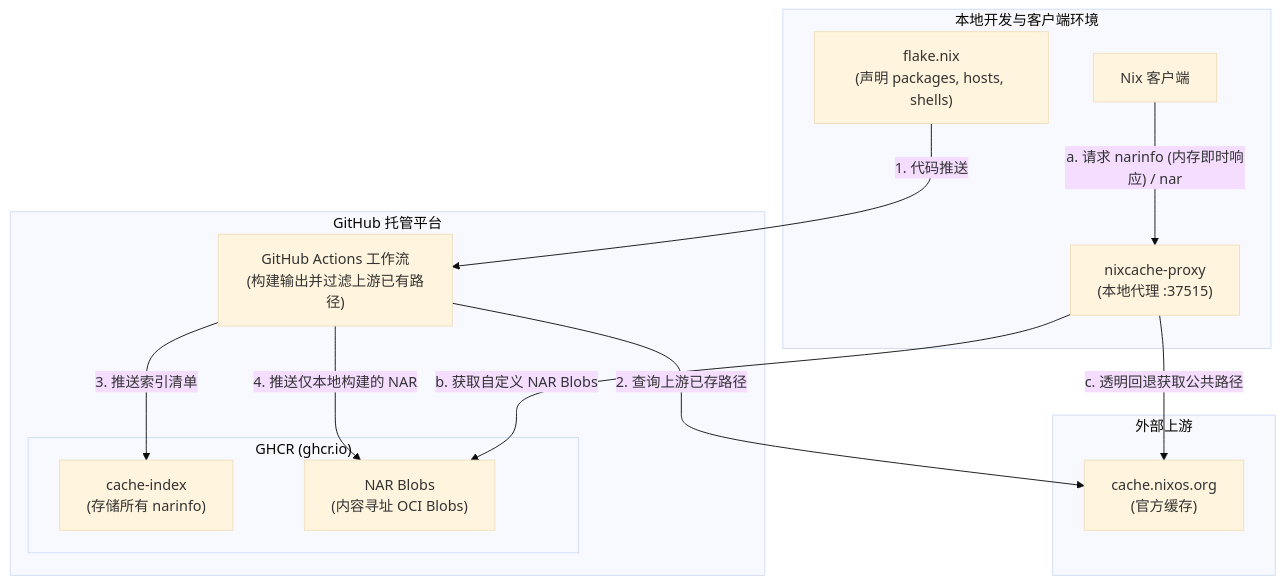
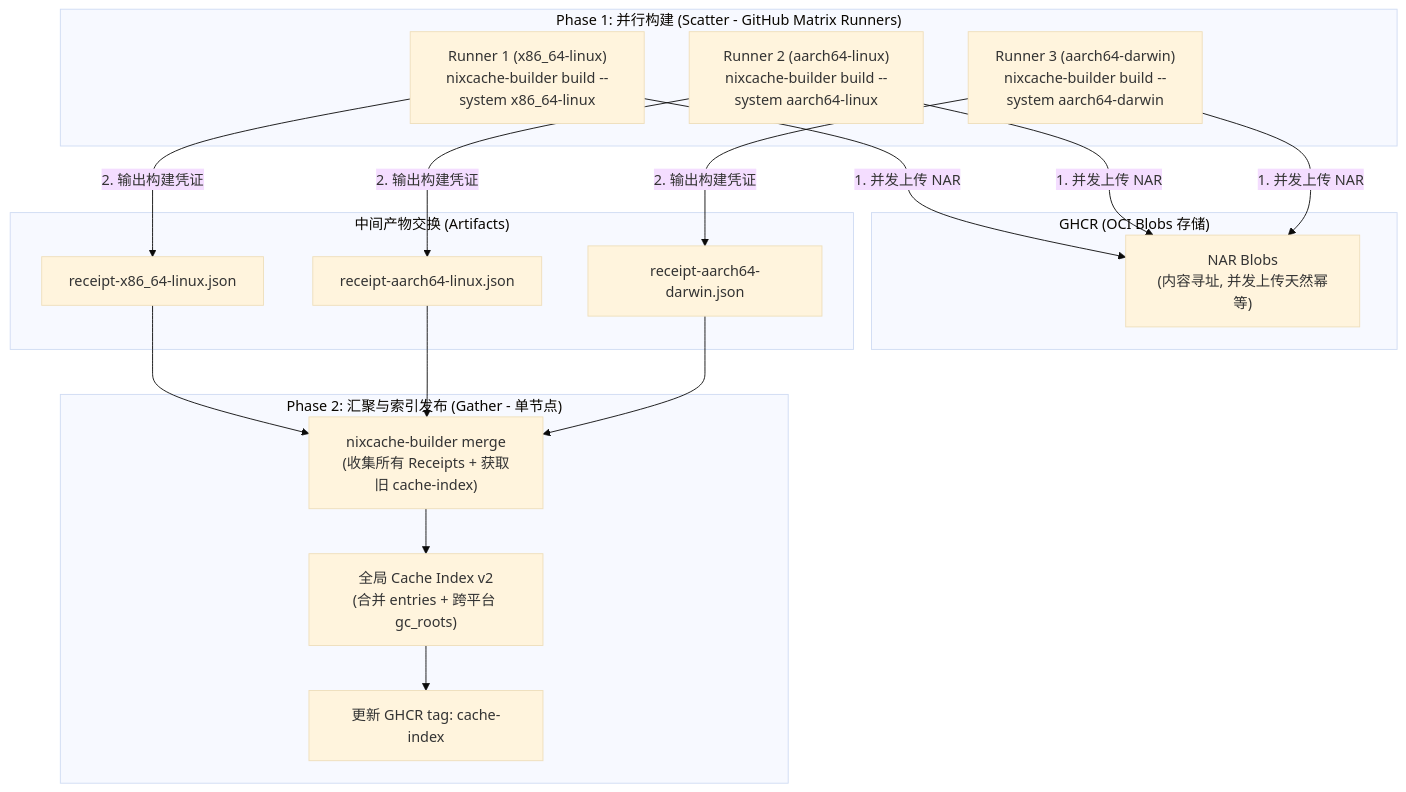
One commit to shaogme/nixcache-oci changed the first of 2 diagrams in README.md. Above: the diagram before and after it, drawn with Mermaid (base theme). The commit also changed other lines of this file and 34 other files, not shown here.

````diff
--- a/README.md
+++ b/README.md
@@ -350,31 +476,39 @@
 ```mermaid
-graph TD
-    subgraph 本地开发与客户端环境
-        FlakeConfig["flake.nix<br>(声明 packages, hosts, shells)"]
-        NixClient["Nix 客户端"]
-        Proxy["nixcache-proxy<br>(本地代理 :37515)"]
+flowchart TD
+    subgraph Matrix ["Phase 1: 并行构建 (Scatter - GitHub Matrix Runners)"]
+        RunnerA["Runner 1 (x86_64-linux)<br>nixcache-builder build --system x86_64-linux"]
+        RunnerB["Runner 2 (aarch64-linux)<br>nixcache-builder build --system aarch64-linux"]
+        RunnerC["Runner 3 (aarch64-darwin)<br>nixcache-builder build --system aarch64-darwin"]
     end
 
-    subgraph GitHub 托管平台
-        Actions["GitHub Actions 工作流<br>(构建输出并过滤上游已有路径)"]
-        subgraph GHCR ["GHCR (ghcr.io)"]
-            Index["cache-index<br>(存储所有 narinfo)"]
-            Blobs["NAR Blobs<br>(内容寻址 OCI Blobs)"]
-        end
+    subgraph OCI_Blobs ["GHCR (OCI Blobs 存储)"]
+        BlobStorage["NAR Blobs<br>(内容寻址, 并发上传天然幂等)"]
     end
 
-    subgraph 外部上游
-        NixosCache["cache.nixos.org<br>(官方缓存)"]
+    subgraph Receipts ["中间产物交换 (Artifacts)"]
+        ReceiptA["receipt-x86_64-linux.json"]
+        ReceiptB["receipt-aarch64-linux.json"]
+        ReceiptC["receipt-aarch64-darwin.json"]
     end
 
-    %% 构建与发布流程
-    FlakeConfig -- "1. 代码推送" --> Actions
-    Actions -- "2. 查询上游已存路径" --> NixosCache
-    Actions -- "3. 推送索引清单" --> Index
-    Actions -- "4. 推送仅本地构建的 NAR" --> Blobs
+    subgraph Gather ["Phase 2: 汇聚与索引发布 (Gather - 单节点)"]
+        Merger["nixcache-builder merge<br>(收集所有 Receipts + 获取旧 cache-index)"]
+        MergedIndex["全局 Cache Index v2<br>(合并 entries + 跨平台 gc_roots)"]
+        TagPush["更新 GHCR tag: cache-index"]
+    end
 
-    %% 客户端消费流程
-    NixClient -- "a. 请求 narinfo (内存即时响应) / nar" --> Proxy
-    Proxy -- "b. 获取自定义 NAR Blobs" --> Blobs
-    Proxy -- "c. 透明回退获取公共路径" --> NixosCache
+    RunnerA -->|1. 并发上传 NAR| BlobStorage
+    RunnerB -->|1. 并发上传 NAR| BlobStorage
+    RunnerC -->|1. 并发上传 NAR| BlobStorage
+
+    RunnerA -->|2. 输出构建凭证| ReceiptA
+    RunnerB -->|2. 输出构建凭证| ReceiptB
+    RunnerC -->|2. 输出构建凭证| ReceiptC
+
+    ReceiptA --> Merger
+    ReceiptB --> Merger
+    ReceiptC --> Merger
+
+    Merger --> MergedIndex
+    MergedIndex --> TagPush
 ```
````
